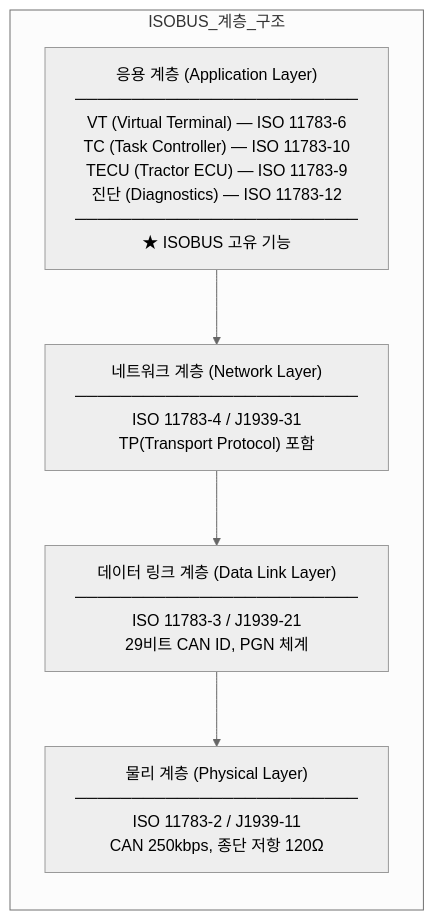
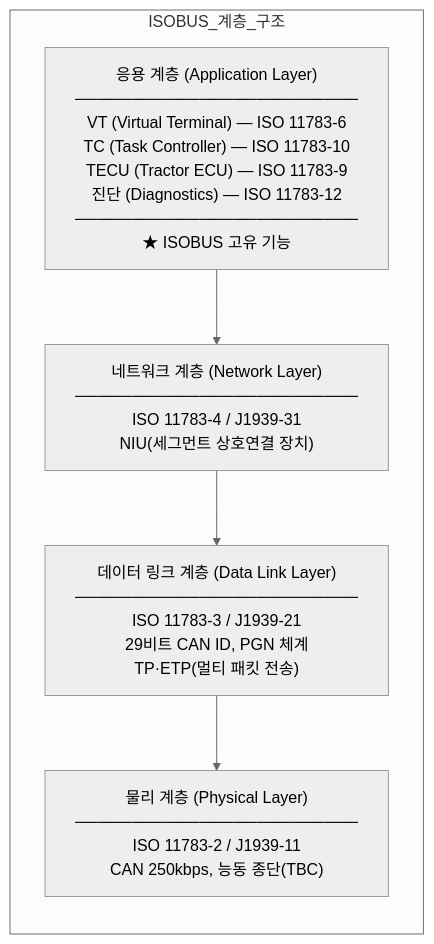
The fourth of 4 diagrams in docs/_study/isobus/12-isobus-overview.md (hobeen-kim/hobeen-kim.github.io), drawn with Mermaid (neutral theme) before and after one commit. The commit also changed other lines of this file and 18 other files, not shown here.

````diff
--- a/docs/_study/isobus/12-isobus-overview.md
+++ b/docs/_study/isobus/12-isobus-overview.md
@@ -138,15 +138,15 @@
 ```mermaid
 graph TB
     subgraph ISOBUS_계층_구조
         direction TB
         L7["응용 계층 (Application Layer)<br>─────────────────────────<br>VT (Virtual Terminal) — ISO 11783-6<br>TC (Task Controller) — ISO 11783-10<br>TECU (Tractor ECU) — ISO 11783-9<br>진단 (Diagnostics) — ISO 11783-12<br>─────────────────────────<br>★ ISOBUS 고유 기능"]
 
-        L4["네트워크 계층 (Network Layer)<br>─────────────────────────<br>ISO 11783-4 / J1939-31<br>TP(Transport Protocol) 포함"]
+        L4["네트워크 계층 (Network Layer)<br>─────────────────────────<br>ISO 11783-4 / J1939-31<br>NIU(세그먼트 상호연결 장치)"]
 
-        L3["데이터 링크 계층 (Data Link Layer)<br>─────────────────────────<br>ISO 11783-3 / J1939-21<br>29비트 CAN ID, PGN 체계"]
+        L3["데이터 링크 계층 (Data Link Layer)<br>─────────────────────────<br>ISO 11783-3 / J1939-21<br>29비트 CAN ID, PGN 체계<br>TP·ETP(멀티 패킷 전송)"]
 
-        L2["물리 계층 (Physical Layer)<br>─────────────────────────<br>ISO 11783-2 / J1939-11<br>CAN 250kbps, 종단 저항 120Ω"]
+        L2["물리 계층 (Physical Layer)<br>─────────────────────────<br>ISO 11783-2 / J1939-11<br>CAN 250kbps, 능동 종단(TBC)"]
 
         L7 --> L4 --> L3 --> L2
     end
 ```
````
